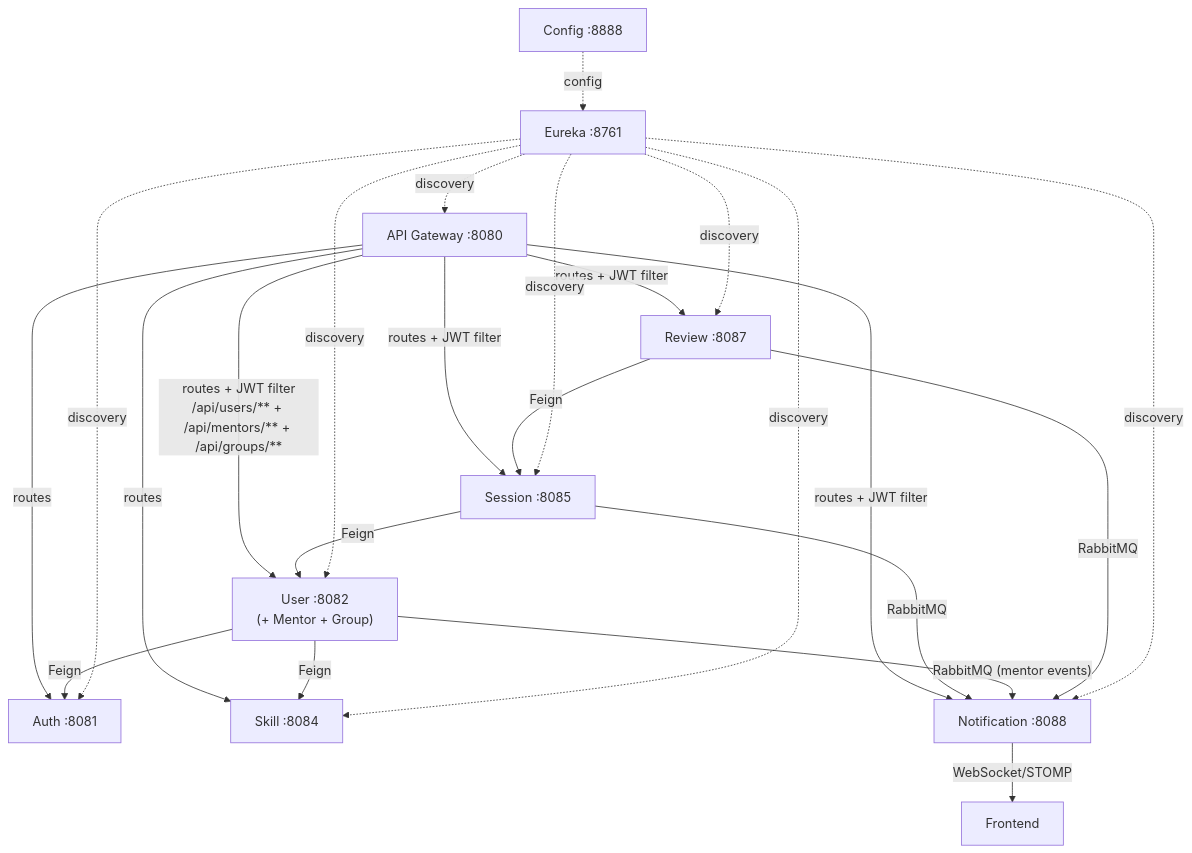
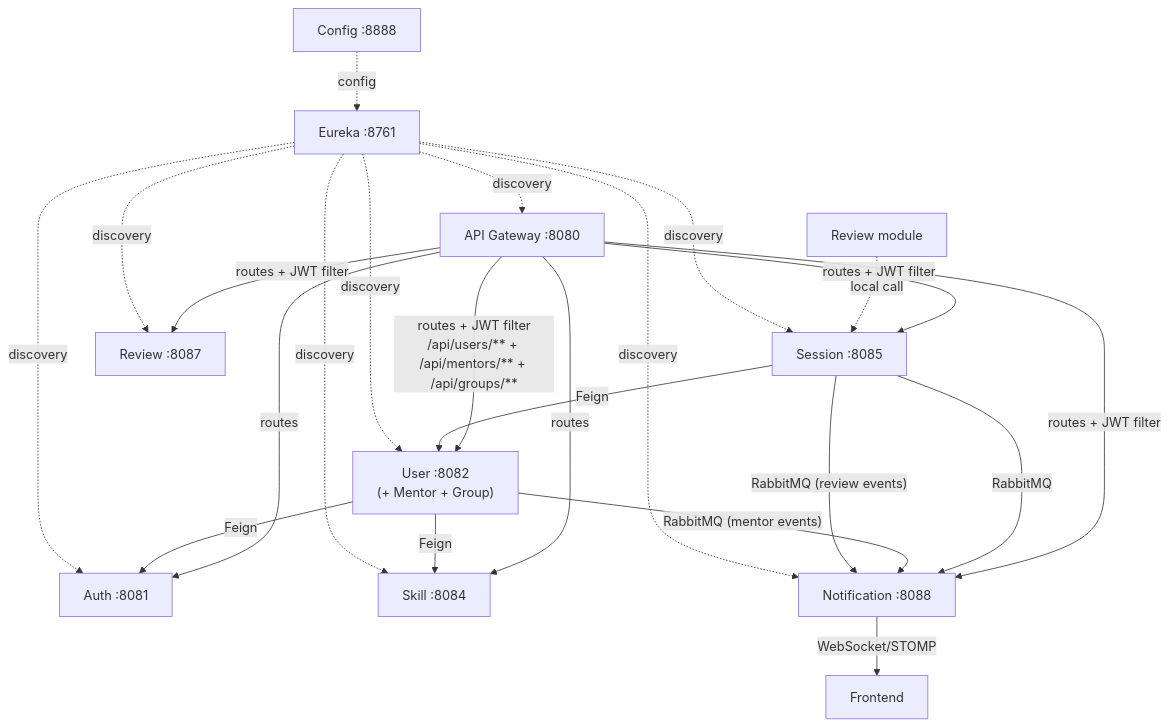
One commit to Anjan-Kumar-Sahoo/SkillSync changed the diagram in docs/service_architecture_summary.md. Above: the diagram before and after it, drawn with Mermaid. The commit also changed other lines of this file and 26 other files, not shown here.

Commit message:
merge: absorb review-service into session-service

````diff
--- a/docs/service_architecture_summary.md
+++ b/docs/service_architecture_summary.md
@@ -42,29 +42,29 @@
 ```mermaid
 graph TD
     GW["API Gateway :8080"] -->|routes| AUTH["Auth :8081"]
     GW -->|"routes + JWT filter<br>/api/users/** + /api/mentors/** + /api/groups/**"| USER["User :8082<br>(+ Mentor + Group)"]
     GW -->|routes| SKILL["Skill :8084"]
     GW -->|"routes + JWT filter"| SESSION["Session :8085"]
     GW -->|"routes + JWT filter"| REVIEW["Review :8087"]
     GW -->|"routes + JWT filter"| NOTIF["Notification :8088"]
     
     USER -->|Feign| SKILL
     USER -->|Feign| AUTH
     SESSION -->|Feign| USER
-    REVIEW -->|Feign| SESSION
+    REVIEW_MOD["Review module"] -.->|"local call"| SESSION
     
     SESSION -->|RabbitMQ| NOTIF
     USER -->|"RabbitMQ (mentor events)"| NOTIF
-    REVIEW -->|RabbitMQ| NOTIF
+    SESSION -->|"RabbitMQ (review events)"| NOTIF
     
     NOTIF -->|"WebSocket/STOMP"| CLIENT[Frontend]
     
     EUREKA["Eureka :8761"] -.->|discovery| GW
     EUREKA -.->|discovery| AUTH
     EUREKA -.->|discovery| USER
     EUREKA -.->|discovery| SKILL
     EUREKA -.->|discovery| SESSION
     EUREKA -.->|discovery| REVIEW
     EUREKA -.->|discovery| NOTIF
     CONFIG["Config :8888"] -.->|config| EUREKA
 ```
````
